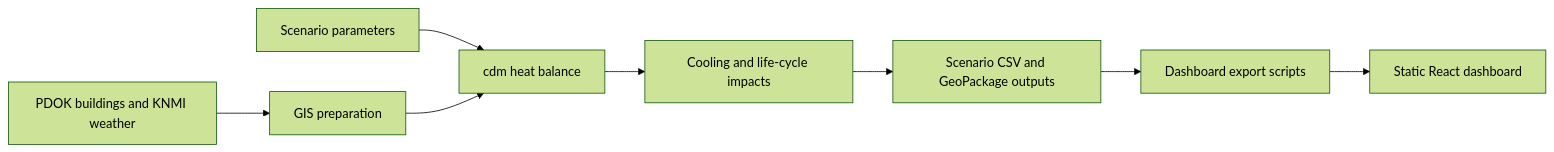
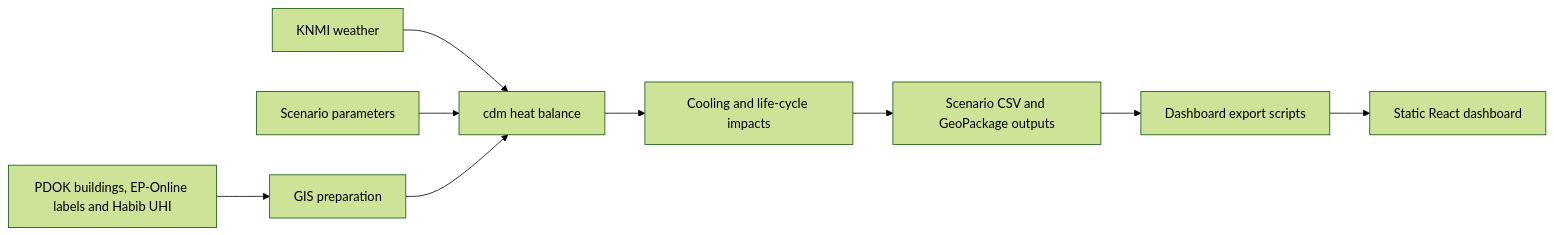
Before and after one commit to simonvanlierde/msc-thesis-ie: the diagram in docs/architecture.md, drawn with Mermaid (forest theme). The commit also changed 3 other files, not shown here.

````diff
--- a/docs/architecture.md
+++ b/docs/architecture.md
@@ -7,10 +7,11 @@
 ```mermaid
 flowchart LR
-    sources[PDOK buildings and KNMI weather] --> gis[GIS preparation]
+    sources[PDOK buildings, EP-Online labels and Habib UHI] --> gis[GIS preparation]
+    weather[KNMI weather] --> model
     parameters[Scenario parameters] --> model[cdm heat balance]
     gis --> model
     model --> impacts[Cooling and life-cycle impacts]
     impacts --> results[Scenario CSV and GeoPackage outputs]
     results --> exports[Dashboard export scripts]
     exports --> dashboard[Static React dashboard]
 ```
````
